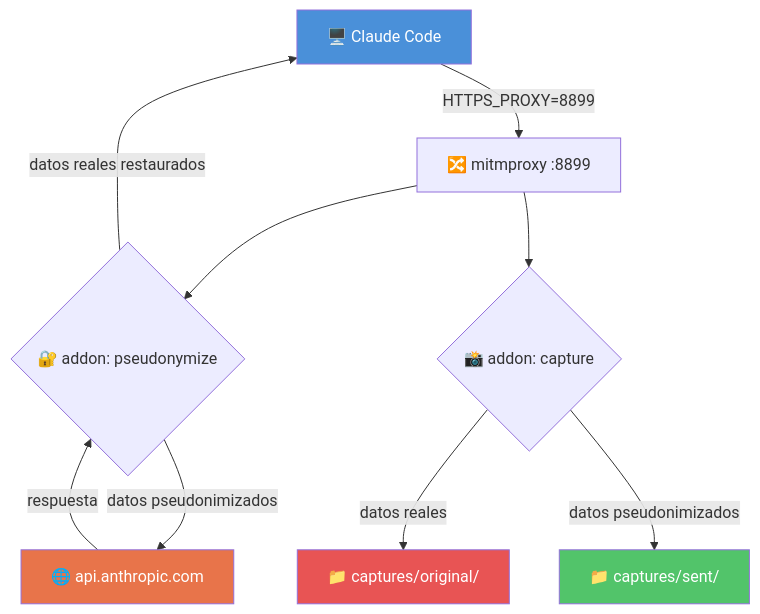
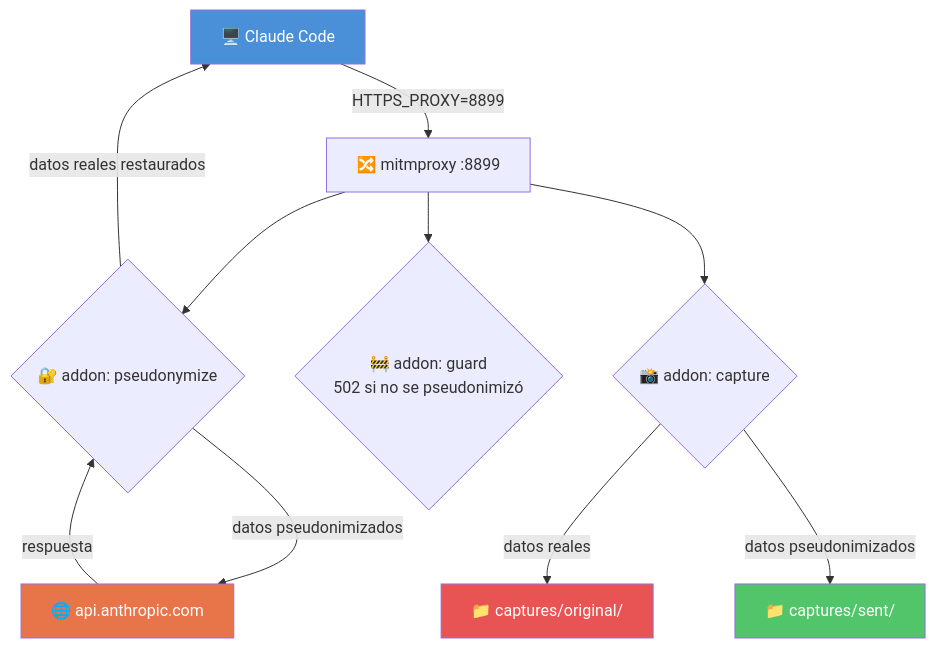
One commit to Ka0s-Klaus/klaus-proxy-local changed the diagram in docs/architecture/README.md. Above: the diagram before and after it, drawn with Mermaid. The commit also changed other lines of this file and 37 other files, not shown here.

````diff
--- a/docs/architecture/README.md
+++ b/docs/architecture/README.md
@@ -21,15 +21,16 @@
 ```mermaid
 flowchart TD
     A[🖥️ Claude Code] -->|HTTPS_PROXY=8899| B[🔀 mitmproxy :8899]
     B --> C{🔐 addon: pseudonymize}
+    B --> H{🚧 addon: guard<br/>502 si no se pseudonimizó}
     C -->|datos pseudonimizados| D[🌐 api.anthropic.com]
     D -->|respuesta| C
     C -->|datos reales restaurados| A
     B --> E{📸 addon: capture}
     E -->|datos reales| F[📁 captures/original/]
     E -->|datos pseudonimizados| G[📁 captures/sent/]
     style A fill:#4A90D9,color:#fff
     style D fill:#E8744A,color:#fff
     style F fill:#E85454,color:#fff
     style G fill:#52C46A,color:#fff
 ```
````
